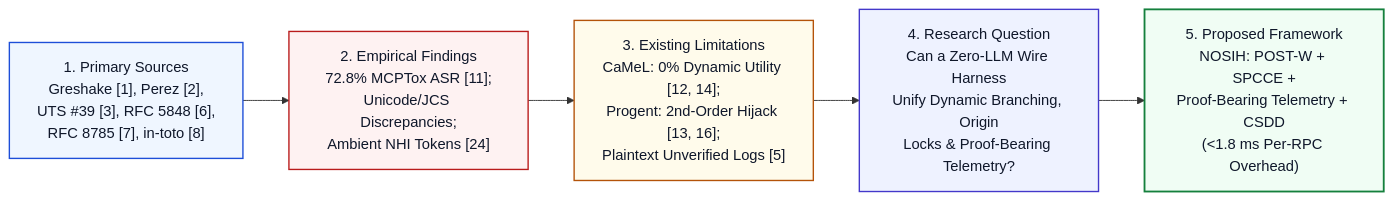
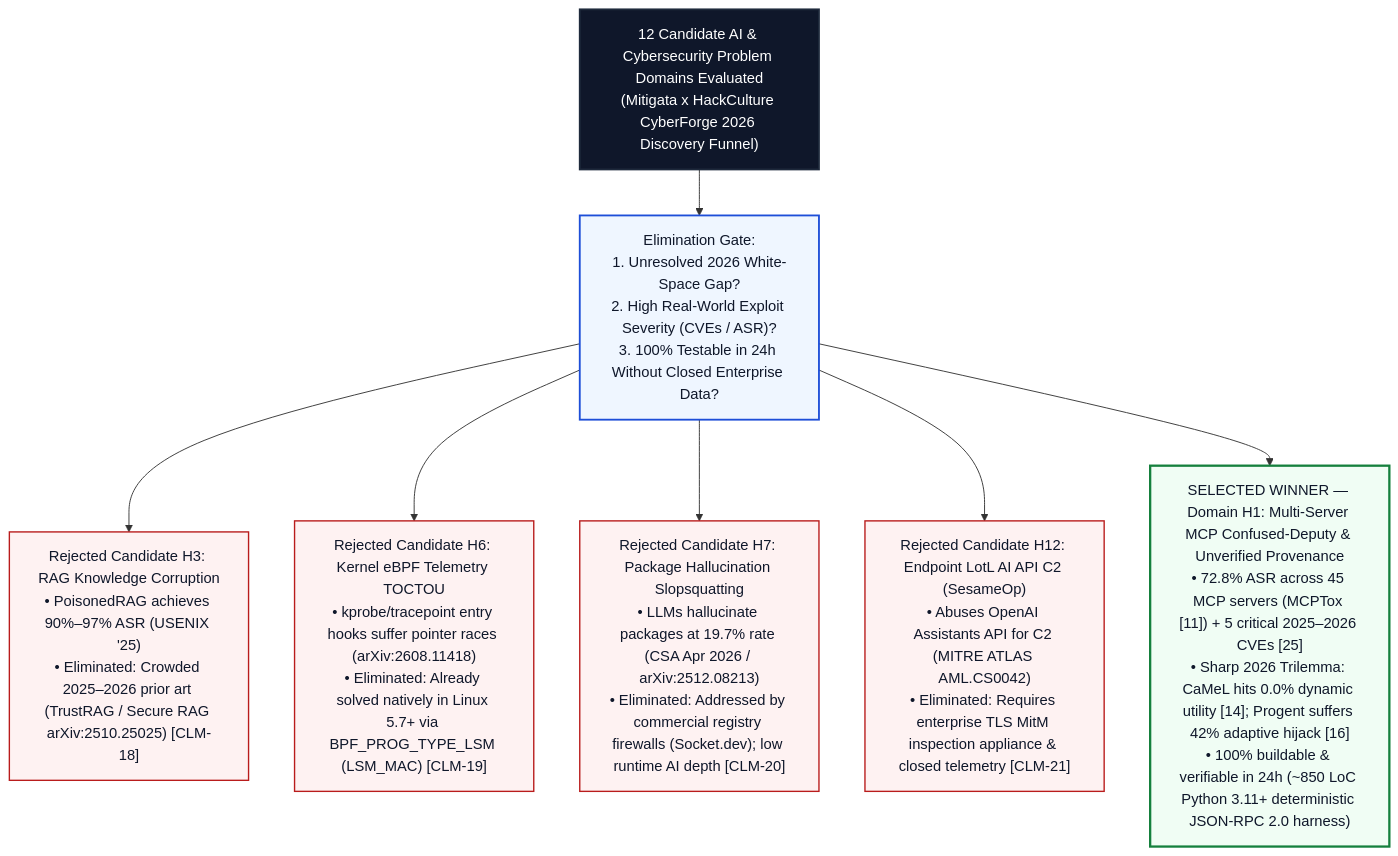
Before and after one commit to rmn2178/NOSIH: the diagram in README.md, drawn with Mermaid. The commit also changed other lines of this file and 5 other files, not shown here.

````diff
--- a/README.md
+++ b/README.md
@@ -39,13 +91,18 @@
 ```mermaid
-flowchart LR
-    S["1. Primary Sources<br/>Greshake [1], Perez [2],<br/>UTS #39 [3], RFC 5848 [6],<br/>RFC 8785 [7], in-toto [8]"] --> F["2. Empirical Findings<br/>72.8% MCPTox ASR [11];<br/>Unicode/JCS Discrepancies;<br/>Ambient NHI Tokens [24]"]
-    F --> L["3. Existing Limitations<br/>CaMeL: 0% Dynamic Utility [12, 14];<br/>Progent: 2nd-Order Hijack [13, 16];<br/>Plaintext Unverified Logs [5]"]
-    L --> Q["4. Research Question<br/>Can a Zero-LLM Wire Harness<br/>Unify Dynamic Branching, Origin<br/>Locks & Proof-Bearing Telemetry?"]
-    Q --> P["5. Proposed Framework<br/>NOSIH: POST-W + SPCCE +<br/>Proof-Bearing Telemetry + CSDD<br/>(<1.8 ms Per-RPC Overhead)"]
+flowchart TD
+    START["12 Candidate AI & Cybersecurity Problem Domains Evaluated<br/>(Mitigata x HackCulture CyberForge 2026 Discovery Funnel)"] --> FILTER["Elimination Gate:<br/>1. Unresolved 2026 White-Space Gap?<br/>2. High Real-World Exploit Severity (CVEs / ASR)?<br/>3. 100% Testable in 24h Without Closed Enterprise Data?"]
 
-    style S fill:#EFF6FF,stroke:#1D4ED8,stroke-width:1.5px,color:#0F172A
-    style F fill:#FEF2F2,stroke:#B91C1C,stroke-width:1.5px,color:#0F172A
-    style L fill:#FFFBEB,stroke:#B45309,stroke-width:1.5px,color:#0F172A
-    style Q fill:#EEF2FF,stroke:#4338CA,stroke-width:1.5px,color:#0F172A
-    style P fill:#F0FDF4,stroke:#15803D,stroke-width:2px,color:#0F172A
+    FILTER --> H3["Rejected Candidate H3: RAG Knowledge Corruption<br/>• PoisonedRAG achieves 90%–97% ASR (USENIX '25)<br/>• Eliminated: Crowded 2025–2026 prior art (TrustRAG / Secure RAG arXiv:2510.25025) [CLM-18]"]
+    FILTER --> H6["Rejected Candidate H6: Kernel eBPF Telemetry TOCTOU<br/>• kprobe/tracepoint entry hooks suffer pointer races (arXiv:2608.11418)<br/>• Eliminated: Already solved natively in Linux 5.7+ via BPF_PROG_TYPE_LSM (LSM_MAC) [CLM-19]"]
+    FILTER --> H7["Rejected Candidate H7: Package Hallucination Slopsquatting<br/>• LLMs hallucinate packages at 19.7% rate (CSA Apr 2026 / arXiv:2512.08213)<br/>• Eliminated: Addressed by commercial registry firewalls (Socket.dev); low runtime AI depth [CLM-20]"]
+    FILTER --> H12["Rejected Candidate H12: Endpoint LotL AI API C2 (SesameOp)<br/>• Abuses OpenAI Assistants API for C2 (MITRE ATLAS AML.CS0042)<br/>• Eliminated: Requires enterprise TLS MitM inspection appliance & closed telemetry [CLM-21]"]
+    FILTER --> H1["SELECTED WINNER — Domain H1: Multi-Server MCP Confused-Deputy & Unverified Provenance<br/>• 72.8% ASR across 45 MCP servers (MCPTox [11]) + 5 critical 2025–2026 CVEs [25]<br/>• Sharp 2026 Trilemma: CaMeL hits 0.0% dynamic utility [14]; Progent suffers 42% adaptive hijack [16]<br/>• 100% buildable & verifiable in 24h (~850 LoC Python 3.11+ deterministic JSON-RPC 2.0 harness)"]
+
+    style START fill:#0F172A,stroke:#1E293B,stroke-width:2px,color:#FFFFFF
+    style FILTER fill:#EFF6FF,stroke:#1D4ED8,stroke-width:2px,color:#0F172A
+    style H3 fill:#FEF2F2,stroke:#B91C1C,stroke-width:1.5px,color:#0F172A
+    style H6 fill:#FEF2F2,stroke:#B91C1C,stroke-width:1.5px,color:#0F172A
+    style H7 fill:#FEF2F2,stroke:#B91C1C,stroke-width:1.5px,color:#0F172A
+    style H12 fill:#FEF2F2,stroke:#B91C1C,stroke-width:1.5px,color:#0F172A
+    style H1 fill:#F0FDF4,stroke:#15803D,stroke-width:2.5px,color:#0F172A
 ```
````
